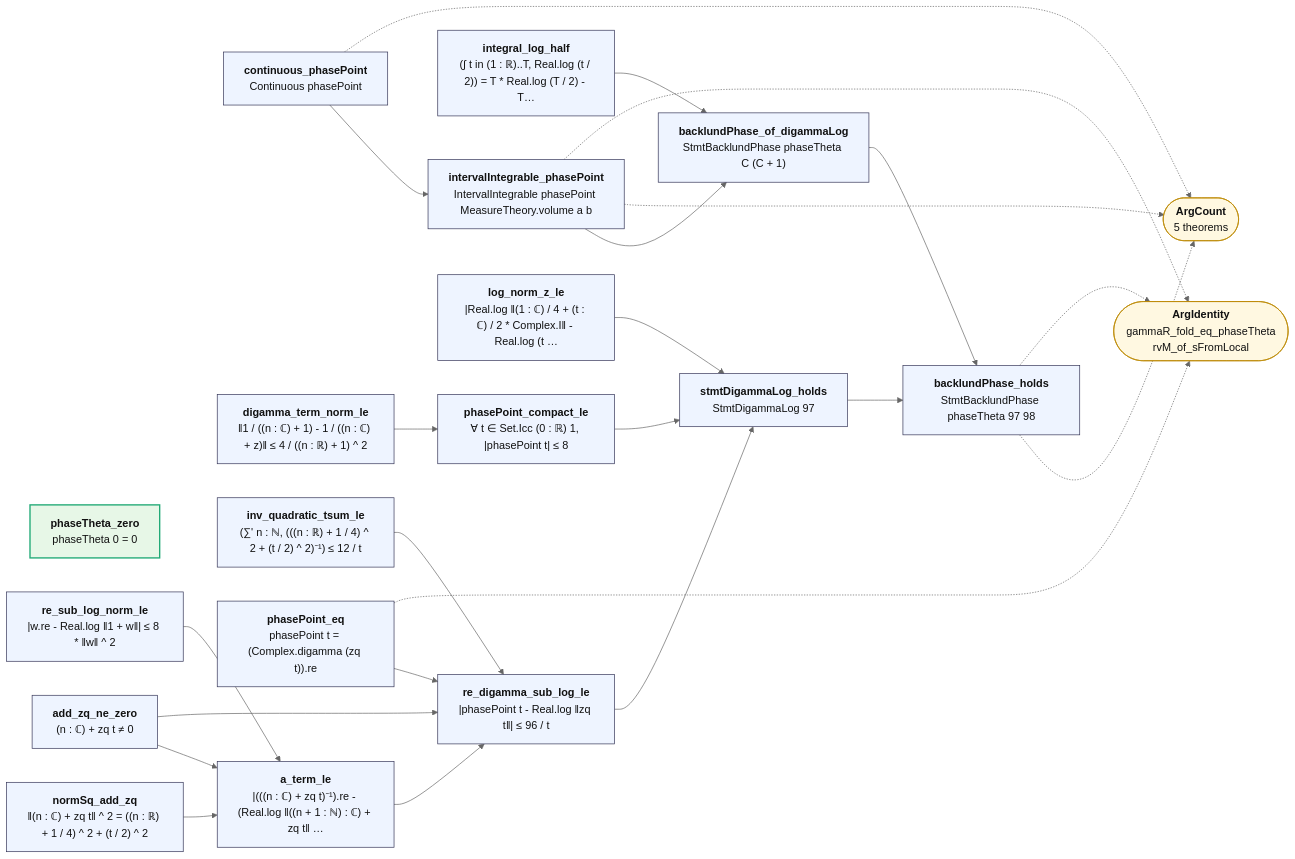
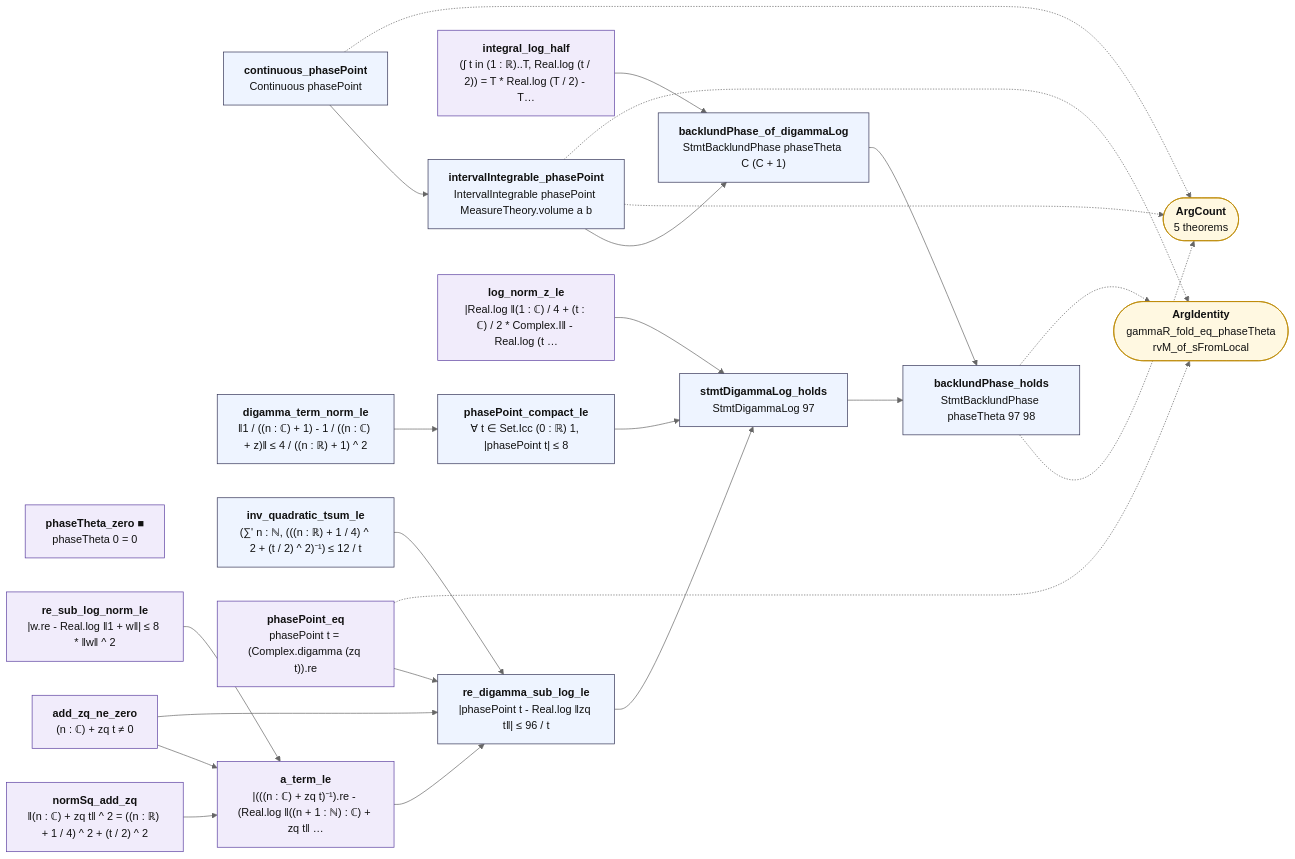
One commit to juliansambranojr/Primebeat_081426 changed the diagram in map/lean_stage3/Stirling.md. Above: the diagram before and after it, drawn with Mermaid (neutral theme). The commit also changed other lines of this file and 398 other files, not shown here.

````diff
--- a/map/lean_stage3/Stirling.md
+++ b/map/lean_stage3/Stirling.md
@@ -12,49 +12,52 @@
 ```mermaid
 flowchart LR
   n0["<b>continuous_phasePoint</b><br/>Continuous phasePoint"]:::thm
   n1["<b>intervalIntegrable_phasePoint</b><br/>IntervalIntegrable phasePoint MeasureTheory.volume a b"]:::thm
-  n2["<b>phaseTheta_zero</b><br/>phaseTheta 0 = 0"]:::end_
-  n3["<b>integral_log_half</b><br/>(∫ t in (1 : ℝ)..T, Real.log (t / 2)) = T * Real.log (T / 2) - T…"]:::thm
+  n2["<b>phaseTheta_zero ■</b><br/>phaseTheta 0 = 0"]:::shp
+  n3["<b>integral_log_half</b><br/>(∫ t in (1 : ℝ)..T, Real.log (t / 2)) = T * Real.log (T / 2) - T…"]:::shp
   n4["<b>backlundPhase_of_digammaLog</b><br/>StmtBacklundPhase phaseTheta C (C + 1)"]:::thm
   n5["<b>digamma_term_norm_le</b><br/>‖1 / ((n : ℂ) + 1) - 1 / ((n : ℂ) + z)‖ ≤ 4 / ((n : ℝ) + 1) ^ 2"]:::thm
   n6["<b>phasePoint_compact_le</b><br/>∀ t ∈ Set.Icc (0 : ℝ) 1, |phasePoint t| ≤ 8"]:::thm
-  n7["<b>log_norm_z_le</b><br/>|Real.log ‖(1 : ℂ) / 4 + (t : ℂ) / 2 * Complex.I‖ - Real.log (t …"]:::thm
+  n7["<b>log_norm_z_le</b><br/>|Real.log ‖(1 : ℂ) / 4 + (t : ℂ) / 2 * Complex.I‖ - Real.log (t …"]:::shp
   n8["<b>inv_quadratic_tsum_le</b><br/>(∑' n : ℕ, (((n : ℝ) + 1 / 4) ^ 2 + (t / 2) ^ 2)⁻¹) ≤ 12 / t"]:::thm
-  n9["<b>re_sub_log_norm_le</b><br/>|w.re - Real.log ‖1 + w‖| ≤ 8 * ‖w‖ ^ 2"]:::thm
-  n10["<b>phasePoint_eq</b><br/>phasePoint t = (Complex.digamma (zq t)).re"]:::thm
-  n11["<b>normSq_add_zq</b><br/>‖(n : ℂ) + zq t‖ ^ 2 = ((n : ℝ) + 1 / 4) ^ 2 + (t / 2) ^ 2"]:::thm
-  n12["<b>add_zq_ne_zero</b><br/>(n : ℂ) + zq t ≠ 0"]:::thm
-  n13["<b>a_term_le</b><br/>|(((n : ℂ) + zq t)⁻¹).re - (Real.log ‖((n + 1 : ℕ) : ℂ) + zq t‖ …"]:::thm
+  n9["<b>re_sub_log_norm_le</b><br/>|w.re - Real.log ‖1 + w‖| ≤ 8 * ‖w‖ ^ 2"]:::shp
+  n10["<b>phasePoint_eq</b><br/>phasePoint t = (Complex.digamma (zq t)).re"]:::shp
+  n11["<b>normSq_add_zq</b><br/>‖(n : ℂ) + zq t‖ ^ 2 = ((n : ℝ) + 1 / 4) ^ 2 + (t / 2) ^ 2"]:::shp
+  n12["<b>add_zq_ne_zero</b><br/>(n : ℂ) + zq t ≠ 0"]:::shp
+  n13["<b>a_term_le</b><br/>|(((n : ℂ) + zq t)⁻¹).re - (Real.log ‖((n + 1 : ℕ) : ℂ) + zq t‖ …"]:::shp
   n14["<b>re_digamma_sub_log_le</b><br/>|phasePoint t - Real.log ‖zq t‖| ≤ 96 / t"]:::thm
   n15["<b>stmtDigammaLog_holds</b><br/>StmtDigammaLog 97"]:::thm
   n16["<b>backlundPhase_holds</b><br/>StmtBacklundPhase phaseTheta 97 98"]:::thm
   x0(["<b>ArgCount</b><br/>5 theorems"]):::ext
   x1(["<b>ArgIdentity</b><br/>gammaR_fold_eq_phaseTheta<br/>rvM_of_sFromLocal"]):::ext
   n0 --> n1
   n1 --> n4
   n10 --> n14
   n11 --> n13
   n12 --> n13
   n12 --> n14
   n13 --> n14
   n14 --> n15
   n15 --> n16
   n3 --> n4
   n4 --> n16
   n5 --> n6
   n6 --> n15
   n7 --> n15
   n8 --> n14
   n9 --> n13
   n0 -.-> x0
   n1 -.-> x0
   n1 -.-> x1
   n10 -.-> x1
   n16 -.-> x0
   n16 -.-> x1
+  classDef cnt fill:#dff5ec,stroke:#17694a,color:#111
+  classDef shp fill:#f1ecfb,stroke:#5b3fa0,color:#111
+  classDef rh fill:#ffe5e5,stroke:#c22,color:#111,stroke-width:2px
   classDef thm fill:#eef4ff,stroke:#335,color:#111
   classDef end_ fill:#e7f7e7,stroke:#2a7,color:#111,stroke-width:2px
   classDef lone fill:#fff,stroke:#999,color:#111,stroke-dasharray:4 3
   classDef bad fill:#ffe5e5,stroke:#c22,color:#111,stroke-width:2px
   classDef ext fill:#fff8e1,stroke:#b80,color:#111
 ```
````
